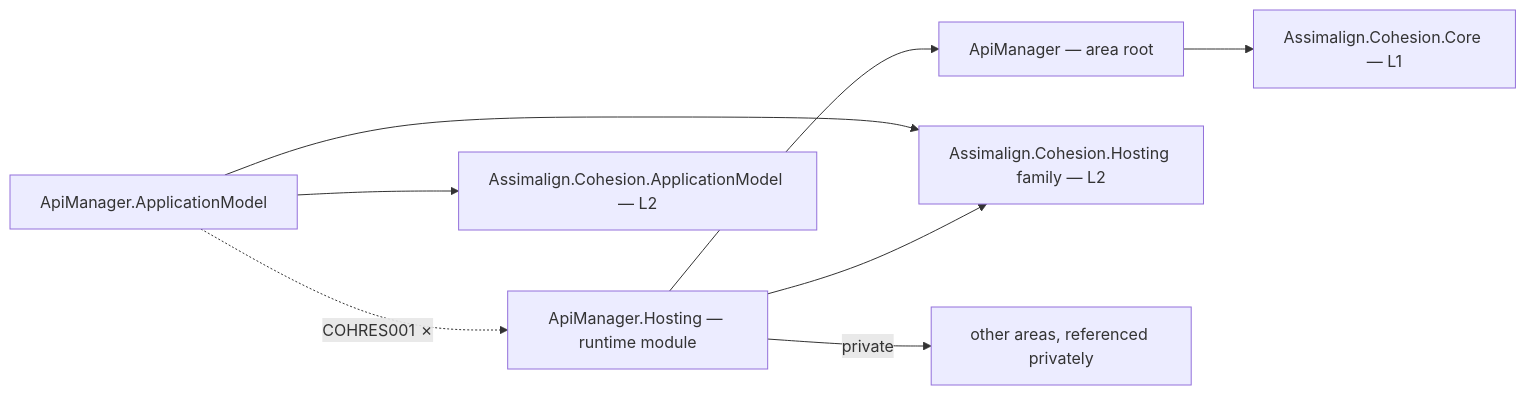
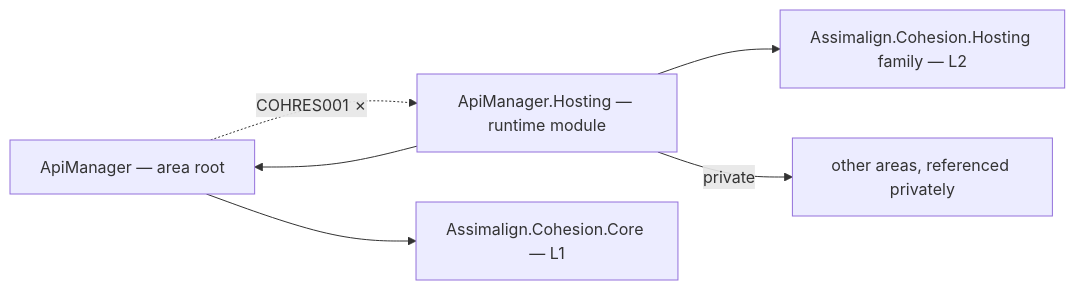
Before and after one commit to assimalign/cohesion: the diagram in resources/ApiManager/README.md, drawn with Mermaid. The commit also changed other lines of this file and 441 other files, not shown here.

````diff
--- a/resources/ApiManager/README.md
+++ b/resources/ApiManager/README.md
@@ -12,17 +12,13 @@
 ```mermaid
 flowchart LR
     P0["ApiManager — area root"]
-    P1["ApiManager.ApplicationModel"]
     P2["ApiManager.Hosting — runtime module"]
     CORE["Assimalign.Cohesion.Core — L1"]
     HOSTFAM["Assimalign.Cohesion.Hosting family — L2"]
-    APPMODEL["Assimalign.Cohesion.ApplicationModel — L2"]
     PRIV["other areas, referenced privately"]
     P0 --> CORE
-    P1 --> APPMODEL
-    P1 --> HOSTFAM
     P2 --> P0
     P2 --> HOSTFAM
     P2 -->|"private"| PRIV
-    P1 -.->|"COHRES001 ✗"| P2
+    P0 -.->|"COHRES001 ✗"| P2
 ```
````
